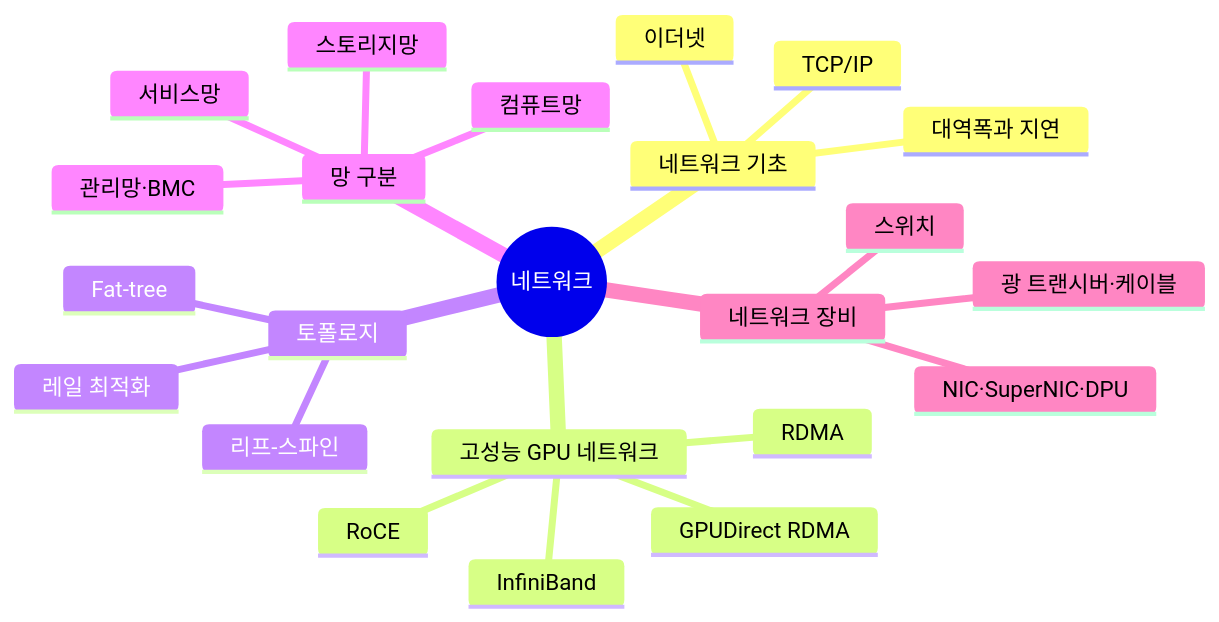
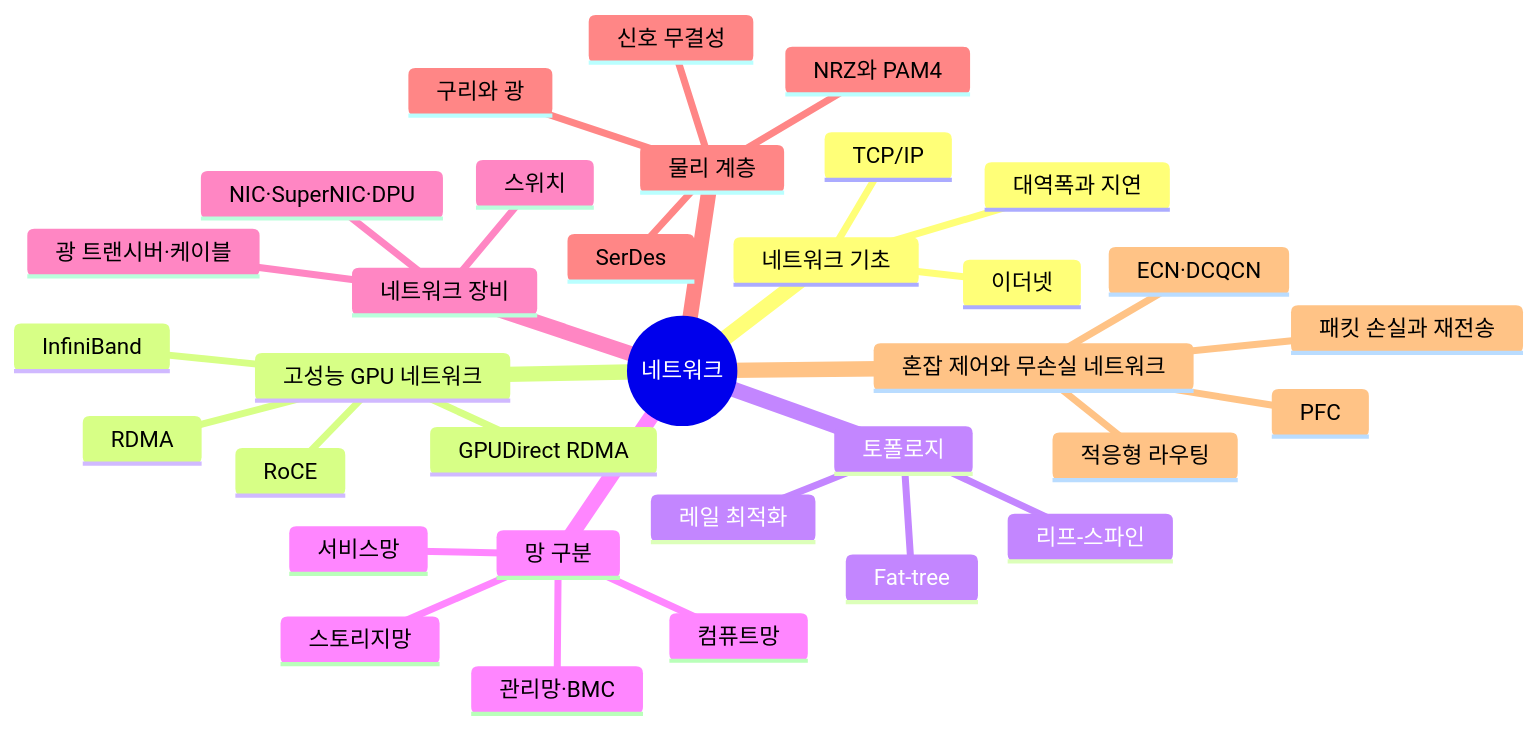
One commit to leejw1212/AIKnowledge changed the diagram in 02-network/README.md. Above: the diagram before and after it, drawn with Mermaid. The commit also changed other lines of this file and 80 other files, not shown here.

````diff
--- a/02-network/README.md
+++ b/02-network/README.md
@@ -9,26 +9,36 @@
 ```mermaid
 mindmap
   root((네트워크))
     네트워크 기초
       이더넷
       TCP/IP
       대역폭과 지연
     고성능 GPU 네트워크
       RDMA
       InfiniBand
       RoCE
       GPUDirect RDMA
     토폴로지
       리프-스파인
       Fat-tree
       레일 최적화
     망 구분
       컴퓨트망
       스토리지망
       관리망·BMC
       서비스망
     네트워크 장비
       스위치
       NIC·SuperNIC·DPU
       광 트랜시버·케이블
+    물리 계층
+      SerDes
+      NRZ와 PAM4
+      구리와 광
+      신호 무결성
+    혼잡 제어와 무손실 네트워크
+      패킷 손실과 재전송
+      PFC
+      ECN·DCQCN
+      적응형 라우팅
 ```
````
